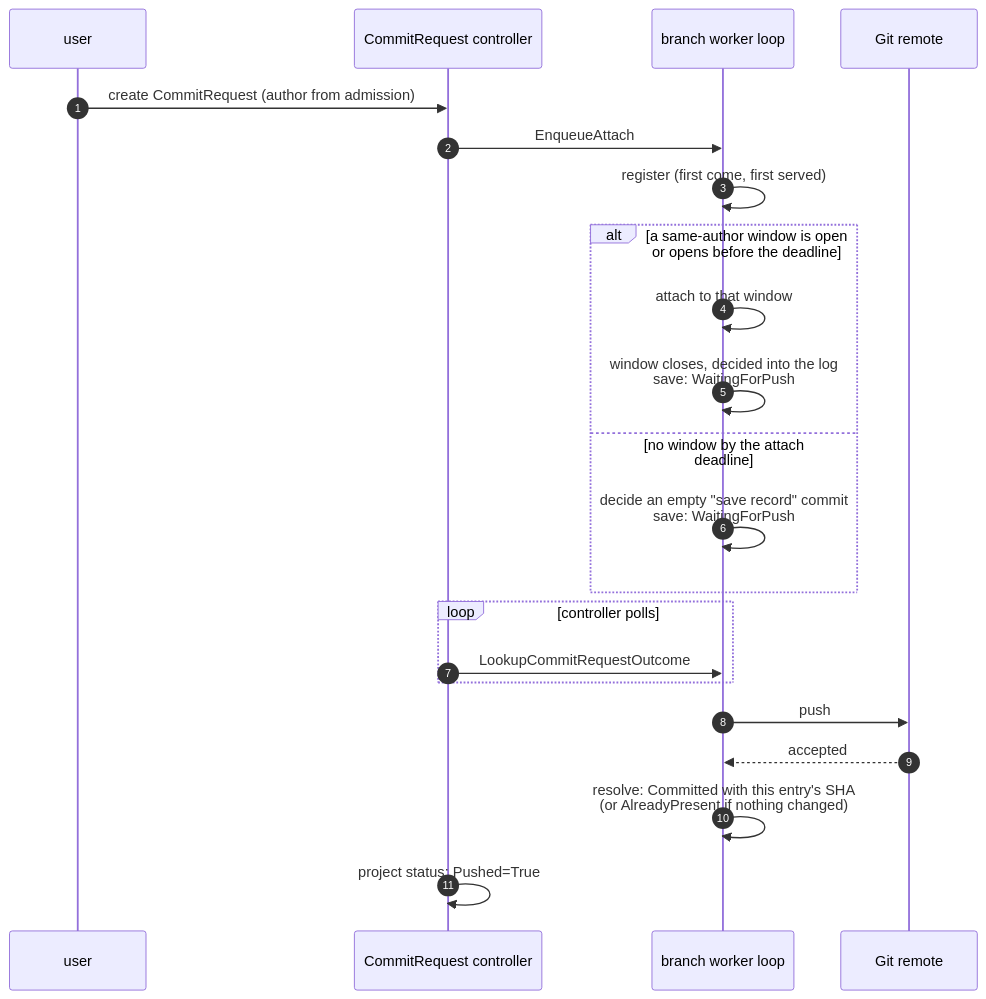
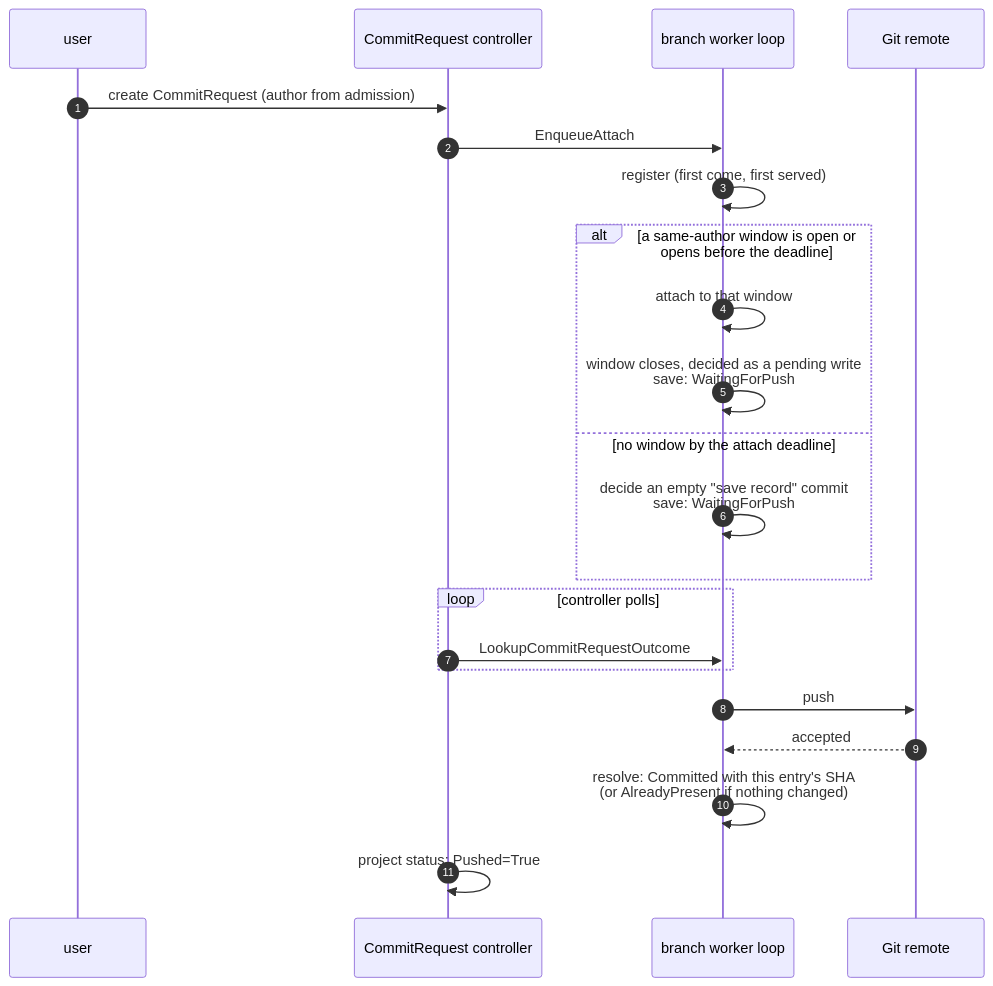
One commit to ConfigButler/gitops-reverser changed diagram 11 of 12 in docs/design/event-pipeline-overview.md. Above: the diagram before and after it, drawn with Mermaid. The commit also changed other lines of this file and 32 other files, not shown here.

````diff
--- a/docs/design/event-pipeline-overview.md
+++ b/docs/design/event-pipeline-overview.md
@@ -417,25 +417,25 @@
 ```mermaid
 sequenceDiagram
     autonumber
     participant U as user
     participant CR as CommitRequest controller
     participant W as branch worker loop
     participant G as Git remote
 
     U->>CR: create CommitRequest (author from admission)
     CR->>W: EnqueueAttach
     W->>W: register (first come, first served)
     alt a same-author window is open or opens before the deadline
         W->>W: attach to that window
-        W->>W: window closes, decided into the log<br/>save: WaitingForPush
+        W->>W: window closes, decided as a pending write<br/>save: WaitingForPush
     else no window by the attach deadline
         W->>W: decide an empty "save record" commit<br/>save: WaitingForPush
     end
     loop controller polls
         CR->>W: LookupCommitRequestOutcome
     end
     W->>G: push
     G-->>W: accepted
     W->>W: resolve: Committed with this entry's SHA<br/>(or AlreadyPresent if nothing changed)
     CR->>CR: project status: Pushed=True
 ```
````
